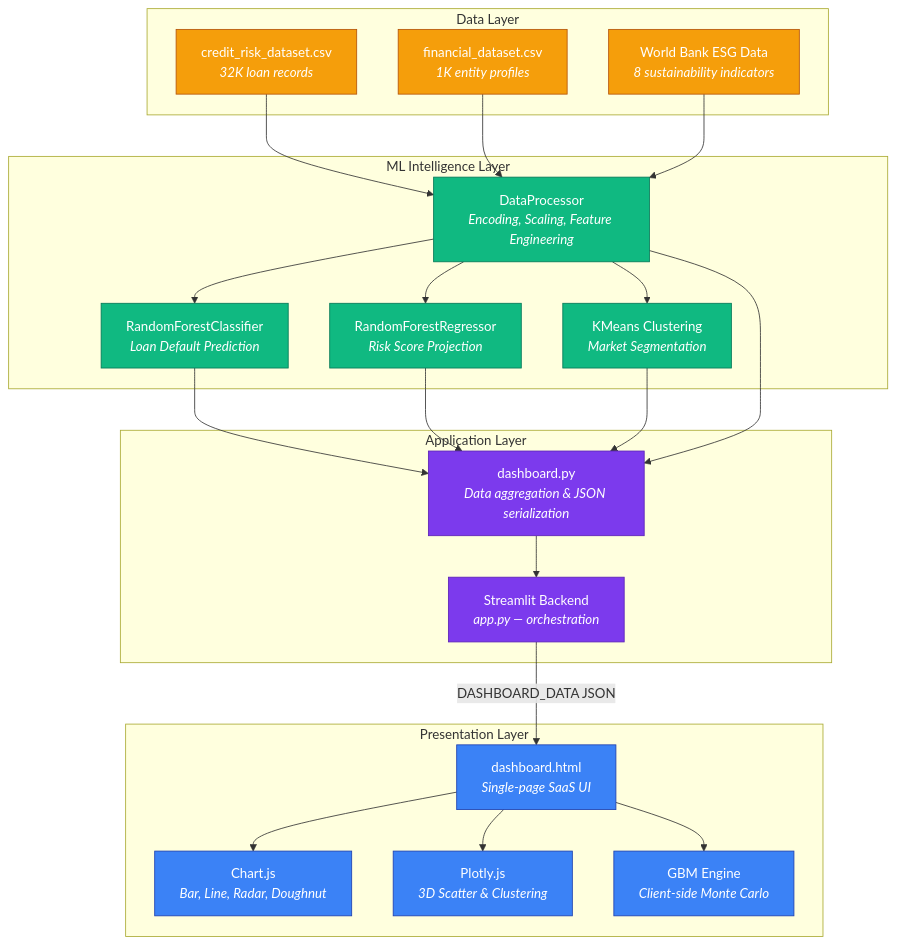
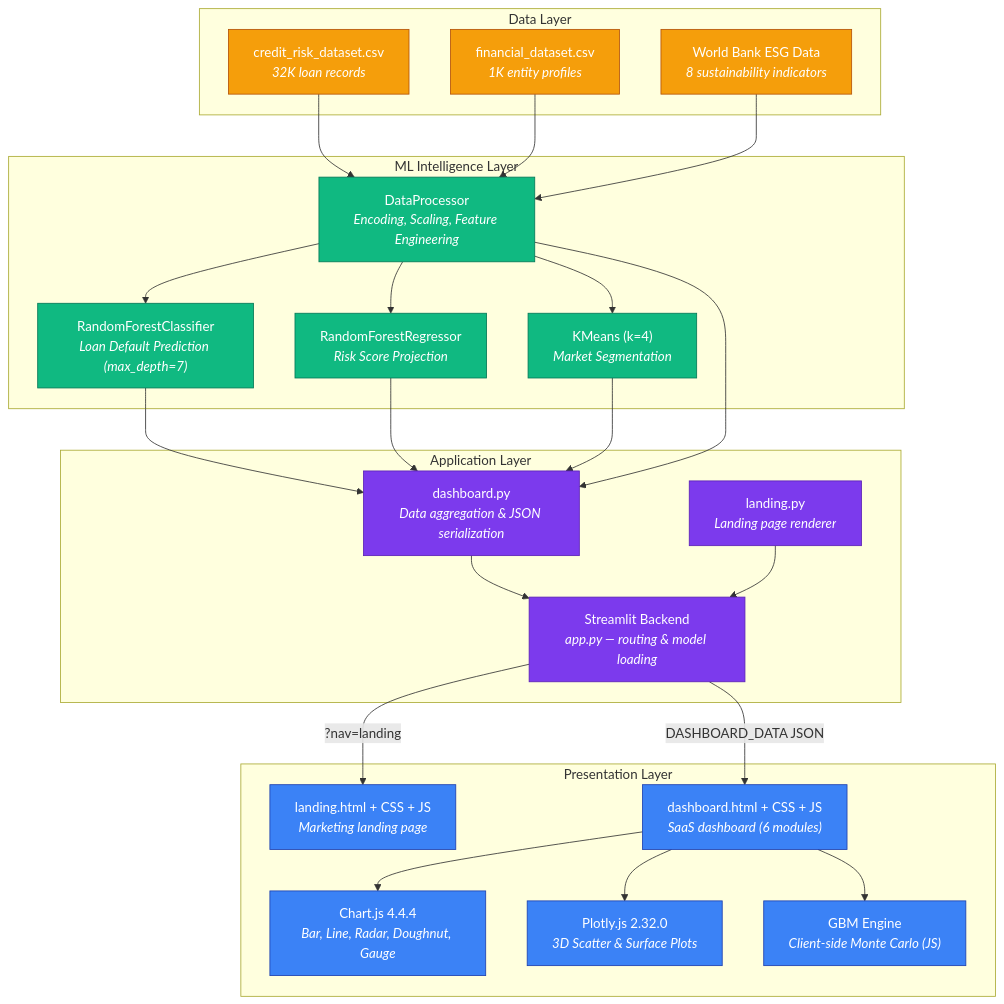
The second of 2 diagrams in README.md (Vaibhav-S-Gowda/AI-Driven-Financial-Risk-Analysis-for-Sustainable-Economic-Growth), drawn with Mermaid before and after one commit. The commit also changed other lines of this file, not shown here.

Commit message:
docs: rewrite README to reflect current project architecture

````diff
--- a/README.md
+++ b/README.md
@@ -110,42 +130,46 @@
 ```mermaid
 graph TD
     subgraph "Data Layer"
         CR["credit_risk_dataset.csv<br/><i>32K loan records</i>"]:::data
         FD["financial_dataset.csv<br/><i>1K entity profiles</i>"]:::data
         ESG["World Bank ESG Data<br/><i>8 sustainability indicators</i>"]:::data
     end
 
     subgraph "ML Intelligence Layer"
         DP["DataProcessor<br/><i>Encoding, Scaling, Feature Engineering</i>"]:::backend
-        RFC["RandomForestClassifier<br/><i>Loan Default Prediction</i>"]:::backend
+        RFC["RandomForestClassifier<br/><i>Loan Default Prediction (max_depth=7)</i>"]:::backend
         RFR["RandomForestRegressor<br/><i>Risk Score Projection</i>"]:::backend
-        KM["KMeans Clustering<br/><i>Market Segmentation</i>"]:::backend
+        KM["KMeans (k=4)<br/><i>Market Segmentation</i>"]:::backend
     end
 
     subgraph "Application Layer"
-        APP["Streamlit Backend<br/><i>app.py — orchestration</i>"]:::server
+        APP["Streamlit Backend<br/><i>app.py — routing & model loading</i>"]:::server
         DASH["dashboard.py<br/><i>Data aggregation & JSON serialization</i>"]:::server
+        LAND["landing.py<br/><i>Landing page renderer</i>"]:::server
     end
 
     subgraph "Presentation Layer"
-        HTML["dashboard.html<br/><i>Single-page SaaS UI</i>"]:::frontend
-        CJS["Chart.js<br/><i>Bar, Line, Radar, Doughnut</i>"]:::frontend
-        PLT["Plotly.js<br/><i>3D Scatter & Clustering</i>"]:::frontend
-        GBM["GBM Engine<br/><i>Client-side Monte Carlo</i>"]:::frontend
+        LP["landing.html + CSS + JS<br/><i>Marketing landing page</i>"]:::frontend
+        HTML["dashboard.html + CSS + JS<br/><i>SaaS dashboard (6 modules)</i>"]:::frontend
+        CJS["Chart.js 4.4.4<br/><i>Bar, Line, Radar, Doughnut, Gauge</i>"]:::frontend
+        PLT["Plotly.js 2.32.0<br/><i>3D Scatter & Surface Plots</i>"]:::frontend
+        GBM["GBM Engine<br/><i>Client-side Monte Carlo (JS)</i>"]:::frontend
     end
 
     CR --> DP
     FD --> DP
     ESG --> DP
     DP --> RFC & RFR & KM
     RFC & RFR & KM --> DASH
     DP --> DASH
     DASH --> APP
+    LAND --> APP
+    APP -- "?nav=landing" --> LP
     APP -- "DASHBOARD_DATA JSON" --> HTML
     HTML --> CJS & PLT & GBM
 
     classDef data fill:#F59E0B,stroke:#B45309,color:#fff
     classDef backend fill:#10B981,stroke:#047857,color:#fff
     classDef server fill:#7C3AED,stroke:#5B21B6,color:#fff
     classDef frontend fill:#3B82F6,stroke:#1E40AF,color:#fff
 ```
````
